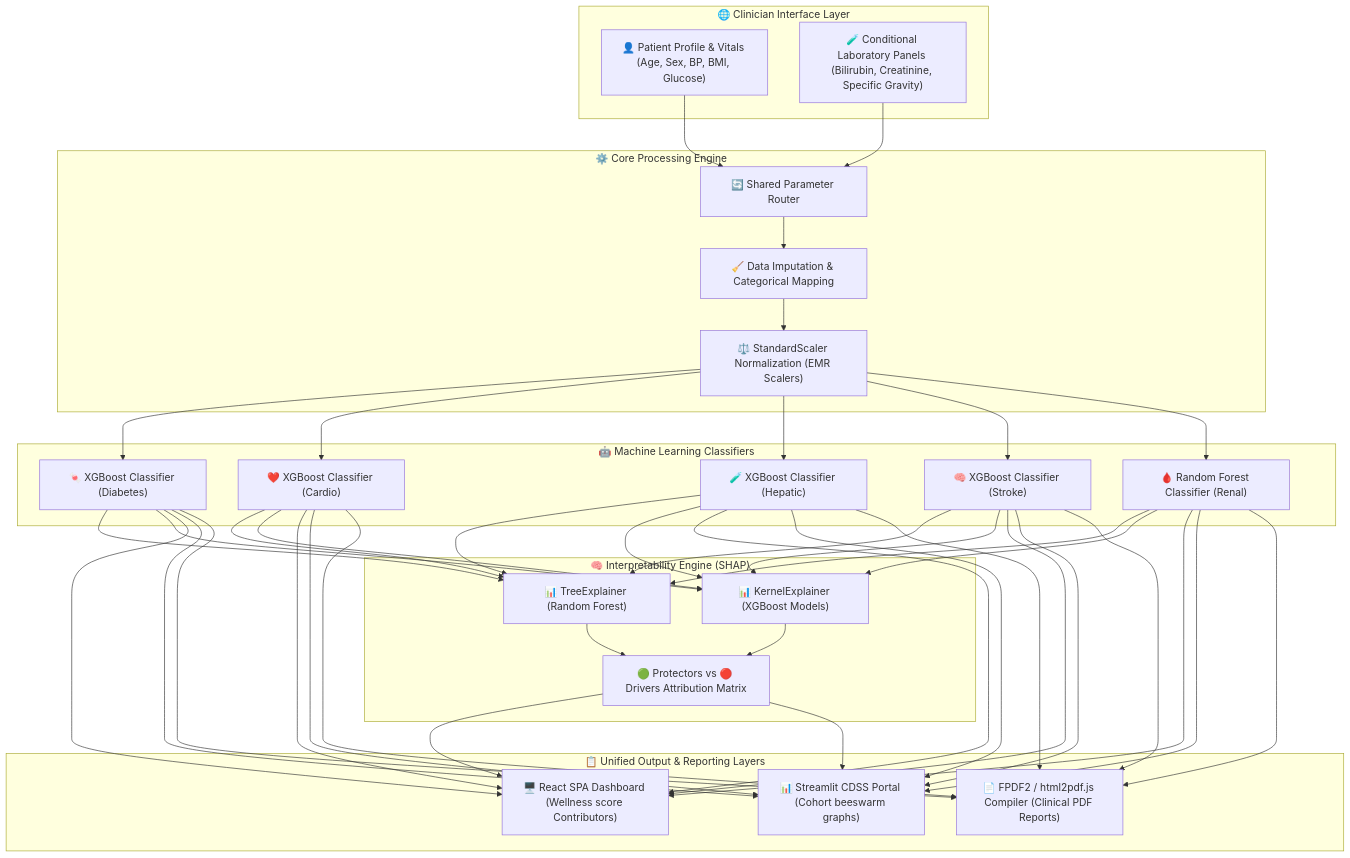
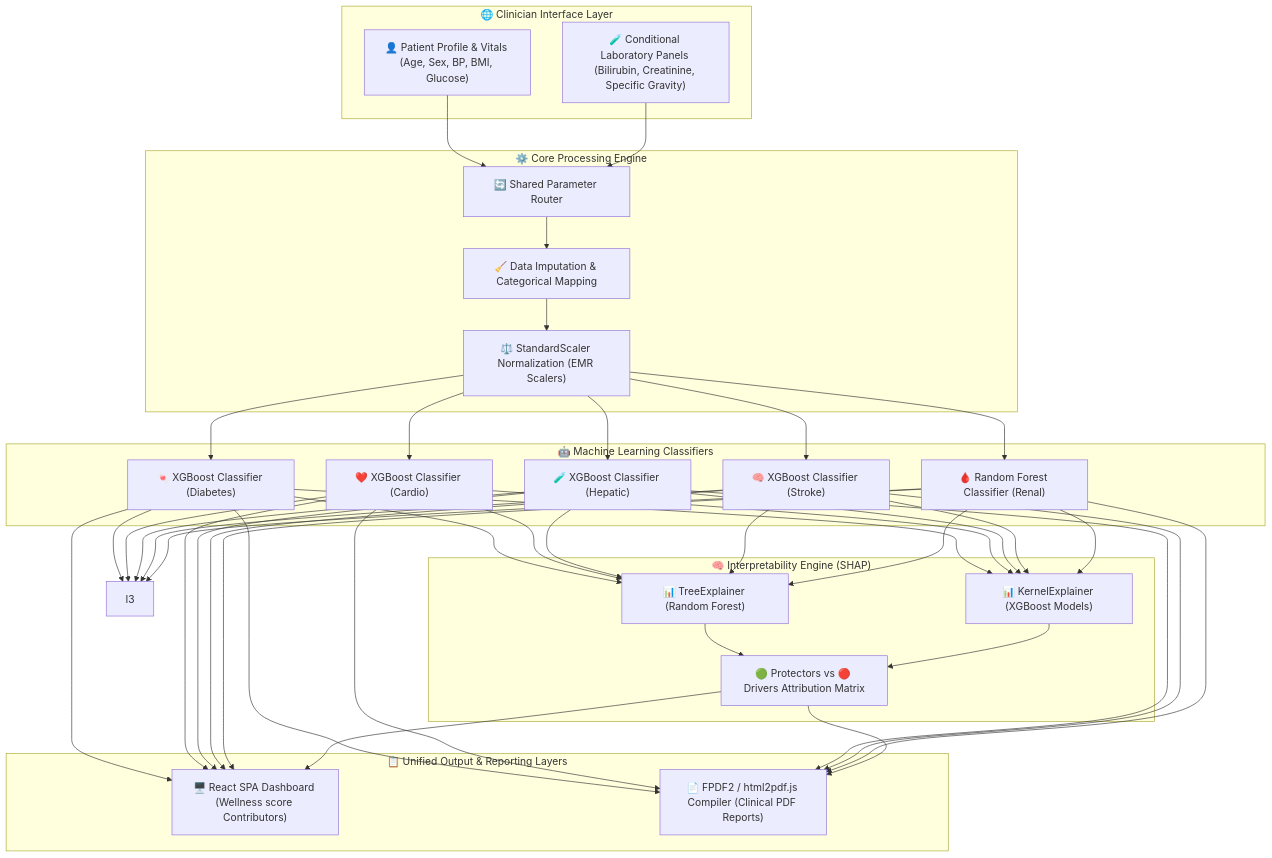
One commit to anushka06onu/AI-Healthcare-Analytics-Platform changed the diagram in README.md. Above: the diagram before and after it, drawn with Mermaid. The commit also changed other lines of this file and 9 other files, not shown here.

````diff
--- a/README.md
+++ b/README.md
@@ -112,48 +109,47 @@
 ```mermaid
 graph TD
     %% User Input
     subgraph UI ["🌐 Clinician Interface Layer"]
         A["👤 Patient Profile & Vitals (Age, Sex, BP, BMI, Glucose)"]
         B["🧪 Conditional Laboratory Panels (Bilirubin, Creatinine, Specific Gravity)"]
     end
 
     %% Routing and Preprocessing
     subgraph Engine ["⚙️ Core Processing Engine"]
         C["🔄 Shared Parameter Router"]
         D["🧹 Data Imputation & Categorical Mapping"]
         E["⚖️ StandardScaler Normalization (EMR Scalers)"]
     end
 
     %% Classifiers
     subgraph Models ["🤖 Machine Learning Classifiers"]
         F1["🍬 XGBoost Classifier (Diabetes)"]
         F2["❤️ XGBoost Classifier (Cardio)"]
         F3["🧪 XGBoost Classifier (Hepatic)"]
         F4["🧠 XGBoost Classifier (Stroke)"]
         F5["🩸 Random Forest Classifier (Renal)"]
     end
 
     %% Explainability
     subgraph XAI ["🧠 Interpretability Engine (SHAP)"]
         G1["📊 TreeExplainer (Random Forest)"]
         G2["📊 KernelExplainer (XGBoost Models)"]
         H["🟢 Protectors vs 🔴 Drivers Attribution Matrix"]
     end
 
     %% Output Interfaces
     subgraph Out ["📋 Unified Output & Reporting Layers"]
         I1["🖥️ React SPA Dashboard (Wellness score Contributors)"]
-        I2["📊 Streamlit CDSS Portal (Cohort beeswarm graphs)"]
-        I3["📄 FPDF2 / html2pdf.js Compiler (Clinical PDF Reports)"]
+        I2["📄 FPDF2 / html2pdf.js Compiler (Clinical PDF Reports)"]
     end
 
     A --> C
     B --> C
     C --> D
     D --> E
     E --> F1 & F2 & F3 & F4 & F5
     F1 & F2 & F3 & F4 & F5 --> G1 & G2
     G1 & G2 --> H
     F1 & F2 & F3 & F4 & F5 --> I1 & I2 & I3
     H --> I1 & I2
 ```
````
